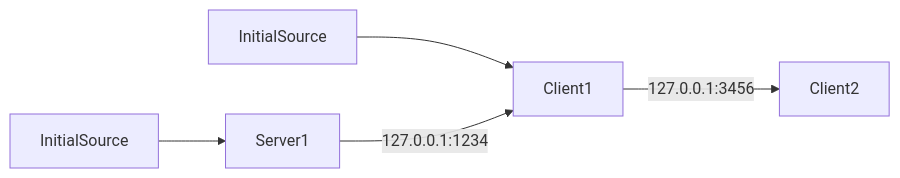
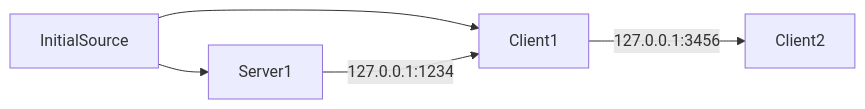
Before and after one commit to tonydong2005/ServerClientTCP: the diagram in README.md, drawn with Mermaid.

````diff
--- a/README.md
+++ b/README.md
@@ -12,7 +12,7 @@
 ```mermaid
 graph LR;
     id[InitialSource]-->Server1;
-    InitialSource-->Client1;
+    id[InitialSource]-->Client1;
     Server1-->|127.0.0.1:1234|Client1;
     Client1-->|127.0.0.1:3456|Client2;
 ```
````
